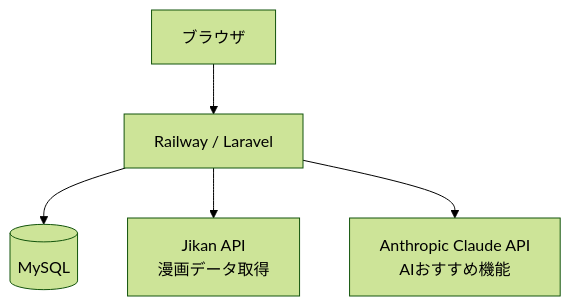
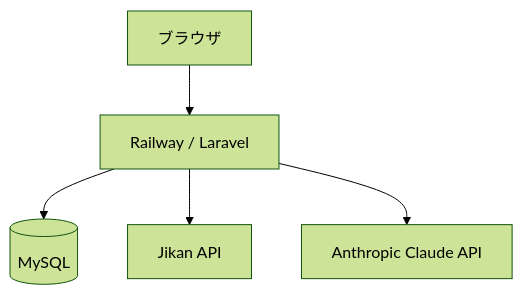
One commit to luckylundy/manga-app changed the diagram in README.md. Above: the diagram before and after it, drawn with Mermaid (forest theme). The commit also changed other lines of this file, not shown here.

Commit message:
README.mdのシステム構成図とテストアカウントを修正

````diff
--- a/README.md
+++ b/README.md
@@ -43,7 +42,7 @@
 ```mermaid
 graph TD
     A[ブラウザ] --> B[Railway / Laravel]
     B --> C[(MySQL)]
-    B --> D[Jikan API\n漫画データ取得]
-    B --> E[Anthropic Claude API\nAIおすすめ機能]
+    B --> D[Jikan API]
+    B --> E[Anthropic Claude API]
 ```
````
